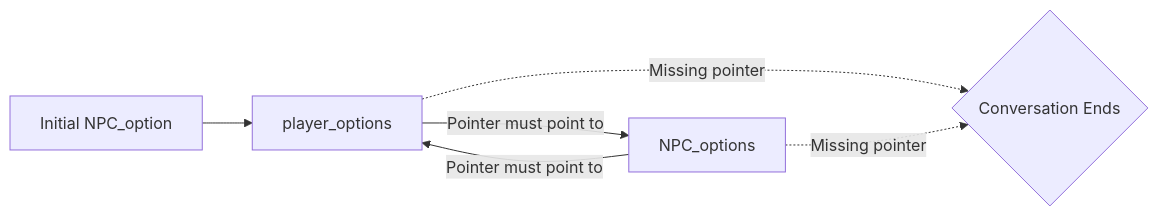
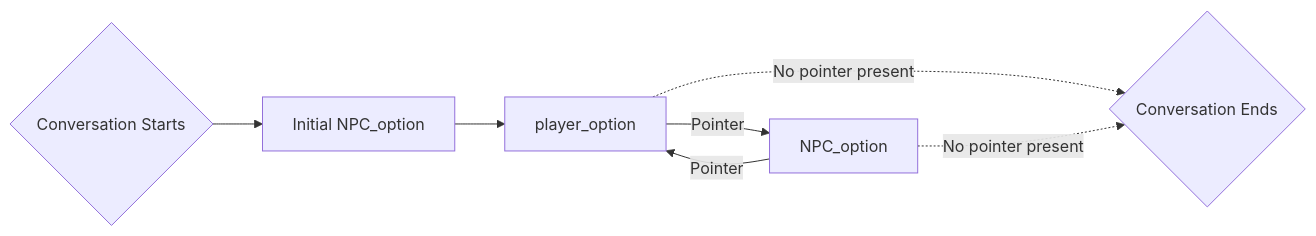
The first of 2 diagrams in docs/Tutorials/Basics/Conversations.md (BetonQuest/BetonQuest), drawn with Mermaid before and after one commit. The commit also changed other lines of this file and 1 other file, not shown here.

````diff
--- a/docs/Tutorials/Basics/Conversations.md
+++ b/docs/Tutorials/Basics/Conversations.md
@@ -91,9 +75,10 @@
     ``` mermaid
     graph LR
+    X{Conversation Starts} --> C
     C[Initial NPC_option] --> A
-    A[player_options] --> |Pointer must point to|B[NPC_options];
-    B --> |Pointer must point to|A;
-    A -.Missing pointer .-> D
-    B -.Missing pointer .-> D
+    A[player_option] --> |Pointer|B[NPC_option];
+    B --> |Pointer|A;
+    A -.No pointer present .-> D
+    B -.No pointer present .-> D
     D{Conversation Ends}
     ```
````
